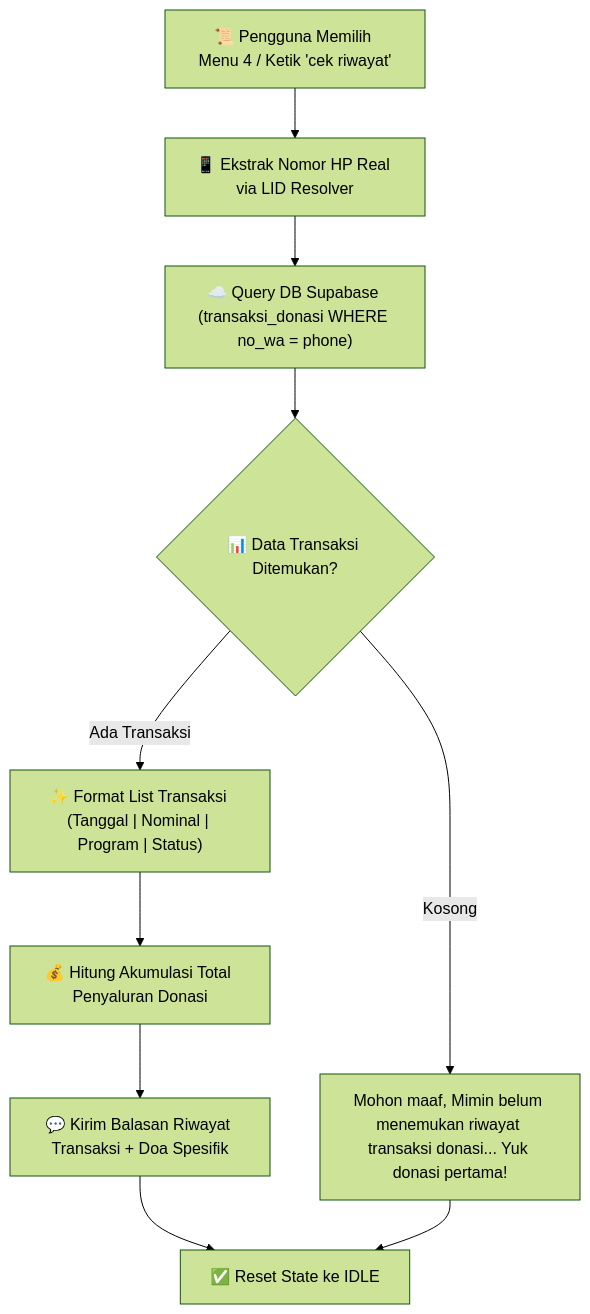
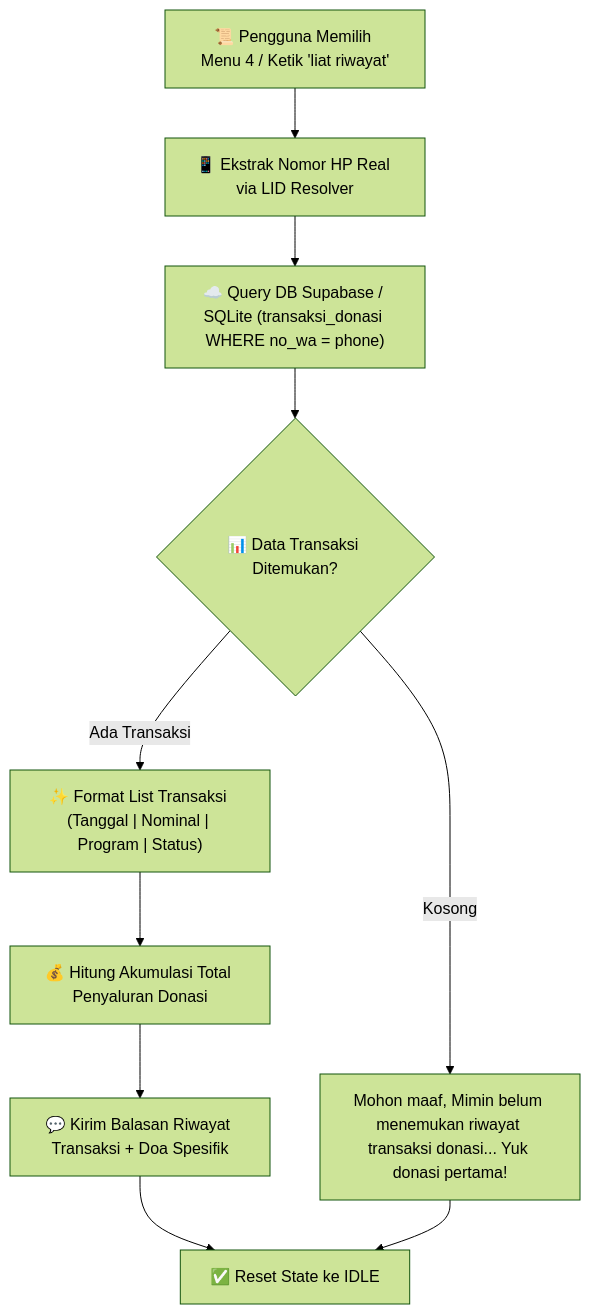
Before and after one commit to WafiJackson/Chatbot_Rumah_Amal: the fifth of 7 diagrams in README.md, drawn with Mermaid (forest theme). The commit also changed other lines of this file and 1 other file, not shown here.

````diff
--- a/README.md
+++ b/README.md
@@ -184,15 +192,15 @@
 ```mermaid
 flowchart TD
-    UserReq["📜 Pengguna Memilih Menu 4 / Ketik 'cek riwayat'"] --> GetPhone["📱 Ekstrak Nomor HP Real via LID Resolver"]
-    GetPhone --> QuerySupabase["☁️ Query DB Supabase (transaksi_donasi WHERE no_wa = phone)"]
+    UserReq["📜 Pengguna Memilih Menu 4 / Ketik 'liat riwayat'"] --> GetPhone["📱 Ekstrak Nomor HP Real via LID Resolver"]
+    GetPhone --> QuerySupabase["☁️ Query DB Supabase / SQLite (transaksi_donasi WHERE no_wa = phone)"]
     QuerySupabase --> CheckData{"📊 Data Transaksi Ditemukan?"}
 
     CheckData -- "Ada Transaksi" --> FormatHistory["✨ Format List Transaksi (Tanggal | Nominal | Program | Status)"]
     FormatHistory --> SumTotal["💰 Hitung Akumulasi Total Penyaluran Donasi"]
     SumTotal --> SendHistory["💬 Kirim Balasan Riwayat Transaksi + Doa Spesifik"]
 
     CheckData -- "Kosong" --> SendEmpty["Mohon maaf, Mimin belum menemukan riwayat transaksi donasi... Yuk donasi pertama!"]
 
     SendHistory --> FinishRiwayat["✅ Reset State ke IDLE"]
     SendEmpty --> FinishRiwayat
 ```
````
